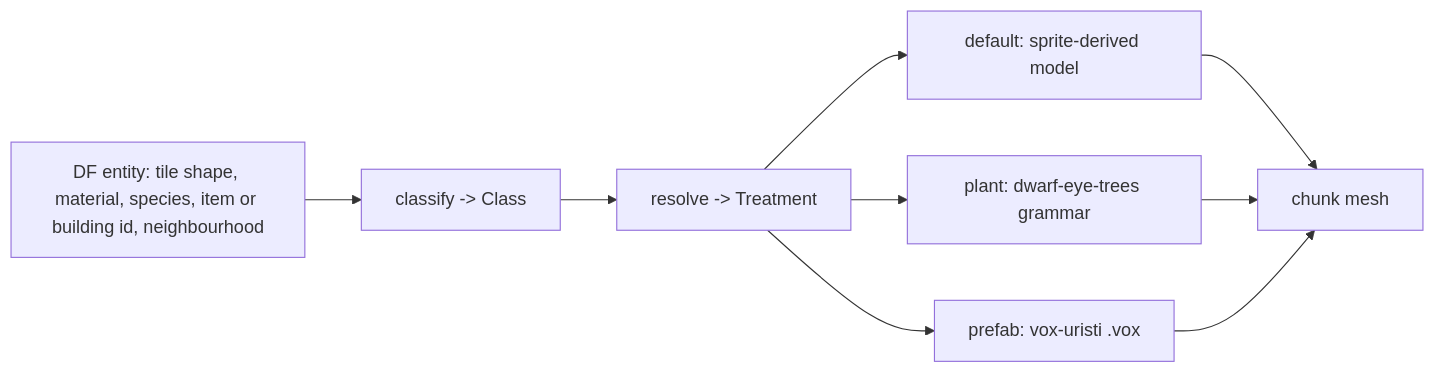
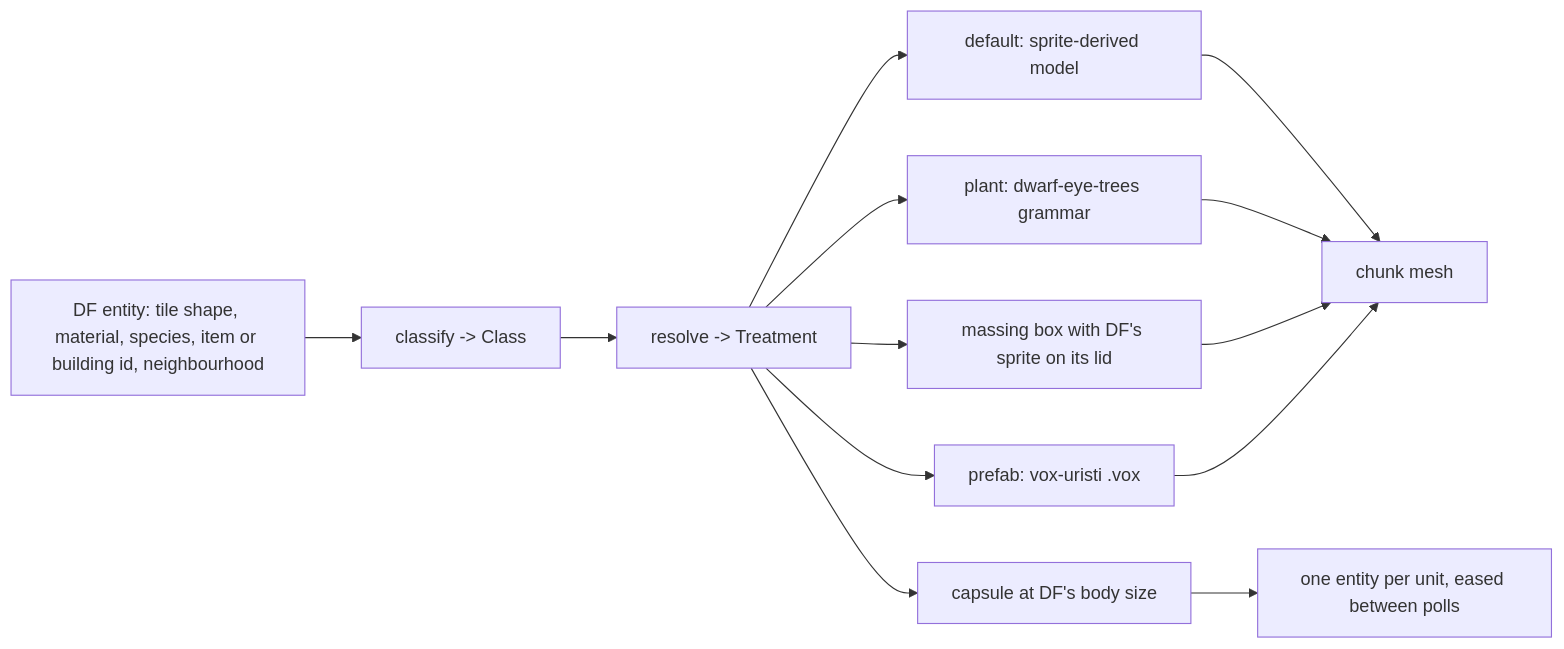
One commit to aaronsb/dwarf-eye changed the diagram in docs/architecture/factory/README.md. Above: the diagram before and after it, drawn with Mermaid. The commit also changed other lines of this file and 15 other files, not shown here.

Commit message:
Units, buildings and item piles: capsules from the unit poll, massing boxes from the building stream

````diff
--- a/docs/architecture/factory/README.md
+++ b/docs/architecture/factory/README.md
@@ -15,12 +16,16 @@
 ```mermaid
 flowchart LR
   E[DF entity: tile shape, material, species, item or building id, neighbourhood]
   E --> C[classify -> Class]
   C --> R[resolve -> Treatment]
   R --> D[default: sprite-derived model]
   R --> P[plant: dwarf-eye-trees grammar]
+  R --> B[massing box with DF's sprite on its lid]
+  R --> U[capsule at DF's body size]
   R --> V[prefab: vox-uristi .vox]
   D --> M[chunk mesh]
   P --> M
+  B --> M
   V --> M
+  U --> S[one entity per unit, eased between polls]
 ```
````
